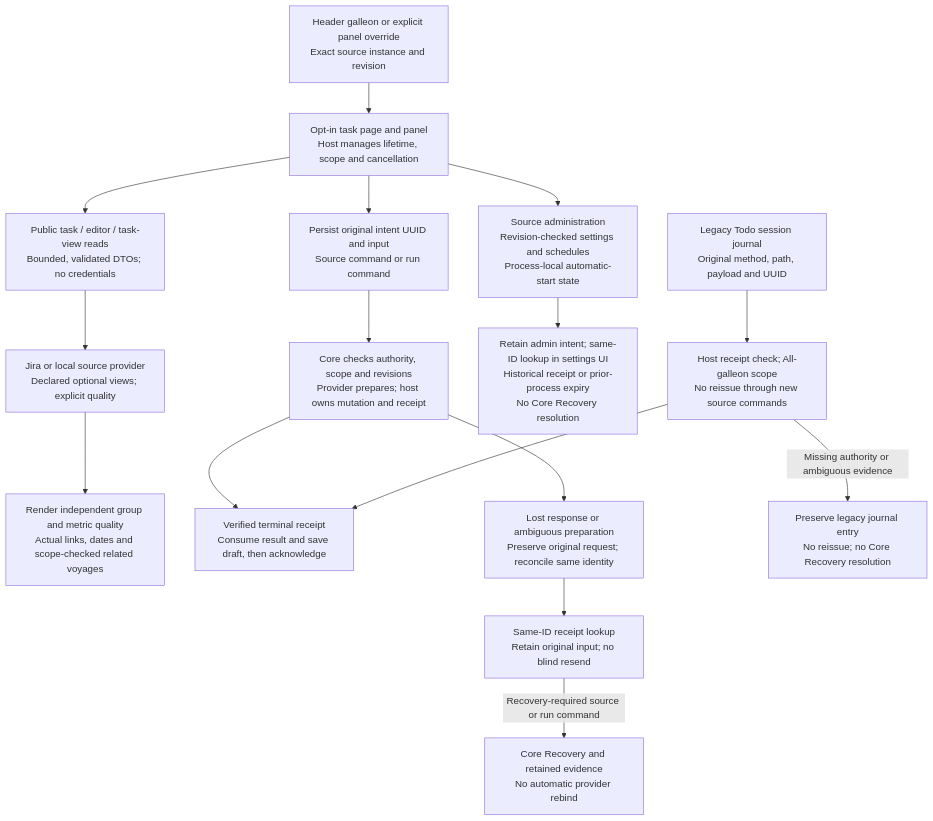
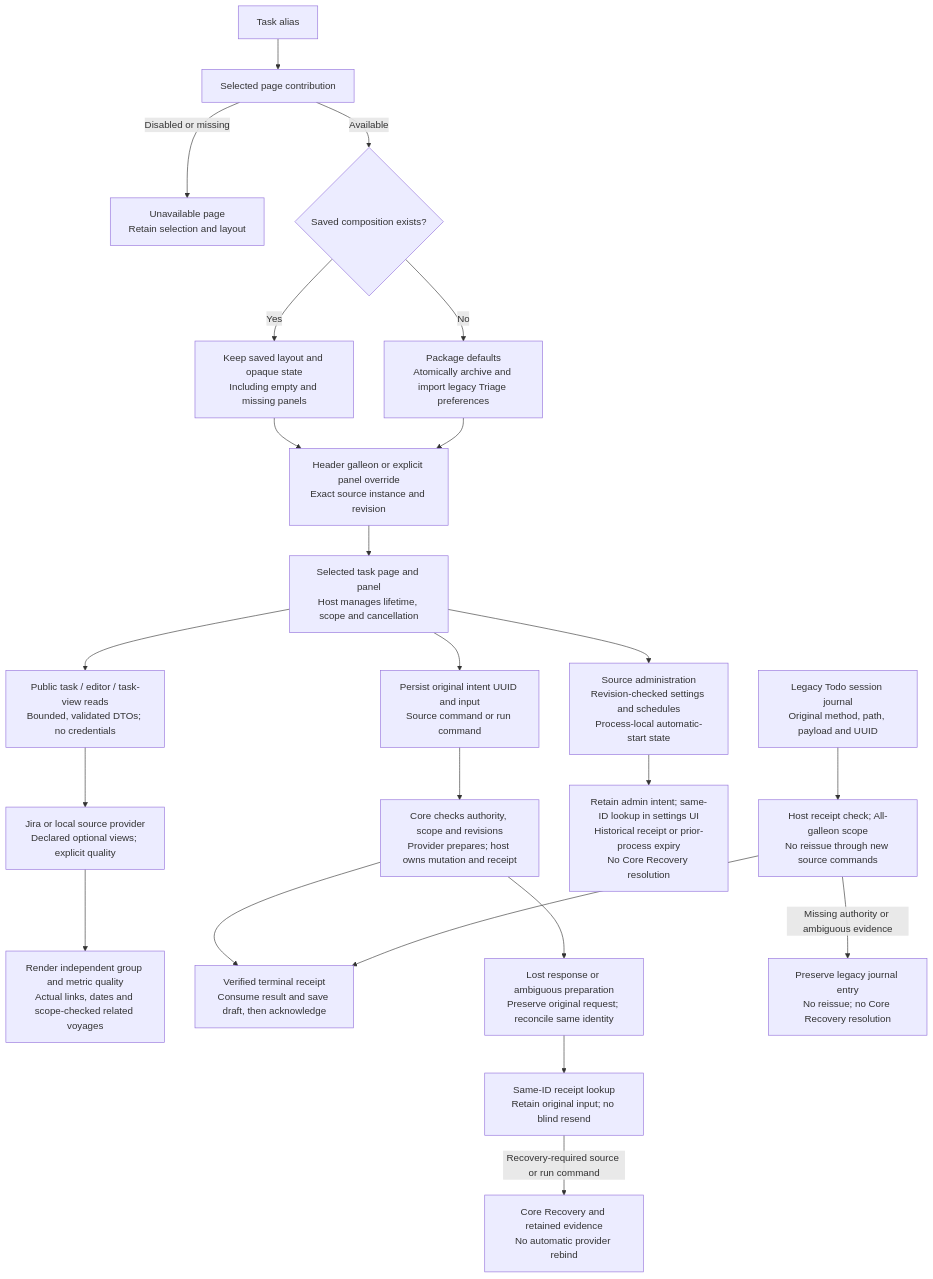
The first of 4 diagrams in docs/helmsman-process.md (nloehlein-godaddy/helmsman), drawn with Mermaid before and after one commit. The commit also changed other lines of this file and 73 other files, not shown here.

````diff
--- a/docs/helmsman-process.md
+++ b/docs/helmsman-process.md
@@ -11,18 +11,25 @@
 ```mermaid
 flowchart TD
-    Scope[Header galleon or explicit panel override<br/>Exact source instance and revision] --> Panel[Opt-in task page and panel<br/>Host manages lifetime, scope and cancellation]
+    Alias[Task alias] --> Selection[Selected page contribution]
+    Selection -->|Disabled or missing| Unavailable[Unavailable page<br/>Retain selection and layout]
+    Selection -->|Available| Layout{Saved composition exists?}
+    Layout -->|Yes| Retain[Keep saved layout and opaque state<br/>Including empty and missing panels]
+    Layout -->|No| Initialize[Package defaults<br/>Atomically archive and import legacy Triage preferences]
+    Retain --> Scope
+    Initialize --> Scope
+    Scope[Header galleon or explicit panel override<br/>Exact source instance and revision] --> Panel[Selected task page and panel<br/>Host manages lifetime, scope and cancellation]
     Panel --> Reads[Public task / editor / task-view reads<br/>Bounded, validated DTOs; no credentials]
     Reads --> Provider[Jira or local source provider<br/>Declared optional views; explicit quality]
     Provider --> Display[Render independent group and metric quality<br/>Actual links, dates and scope-checked related voyages]
     Panel --> Intent[Persist original intent UUID and input<br/>Source command or run command]
     Intent --> Core[Core checks authority, scope and revisions<br/>Provider prepares; host owns mutation and receipt]
     Core --> Accepted[Verified terminal receipt<br/>Consume result and save draft, then acknowledge]
     Core --> Uncertain[Lost response or ambiguous preparation<br/>Preserve original request; reconcile same identity]
     Uncertain --> Lookup[Same-ID receipt lookup<br/>Retain original input; no blind resend]
     Lookup -->|Recovery-required source or run command| Recovery[Core Recovery and retained evidence<br/>No automatic provider rebind]
     Panel --> Admin[Source administration<br/>Revision-checked settings and schedules<br/>Process-local automatic-start state]
     Admin --> AdminLookup[Retain admin intent; same-ID lookup in settings UI<br/>Historical receipt or prior-process expiry<br/>No Core Recovery resolution]
     Legacy[Legacy Todo session journal<br/>Original method, path, payload and UUID] --> Check[Host receipt check; All-galleon scope<br/>No reissue through new source commands]
     Check --> Accepted
     Check -->|Missing authority or ambiguous evidence| Preserve[Preserve legacy journal entry<br/>No reissue; no Core Recovery resolution]
 ```
````
